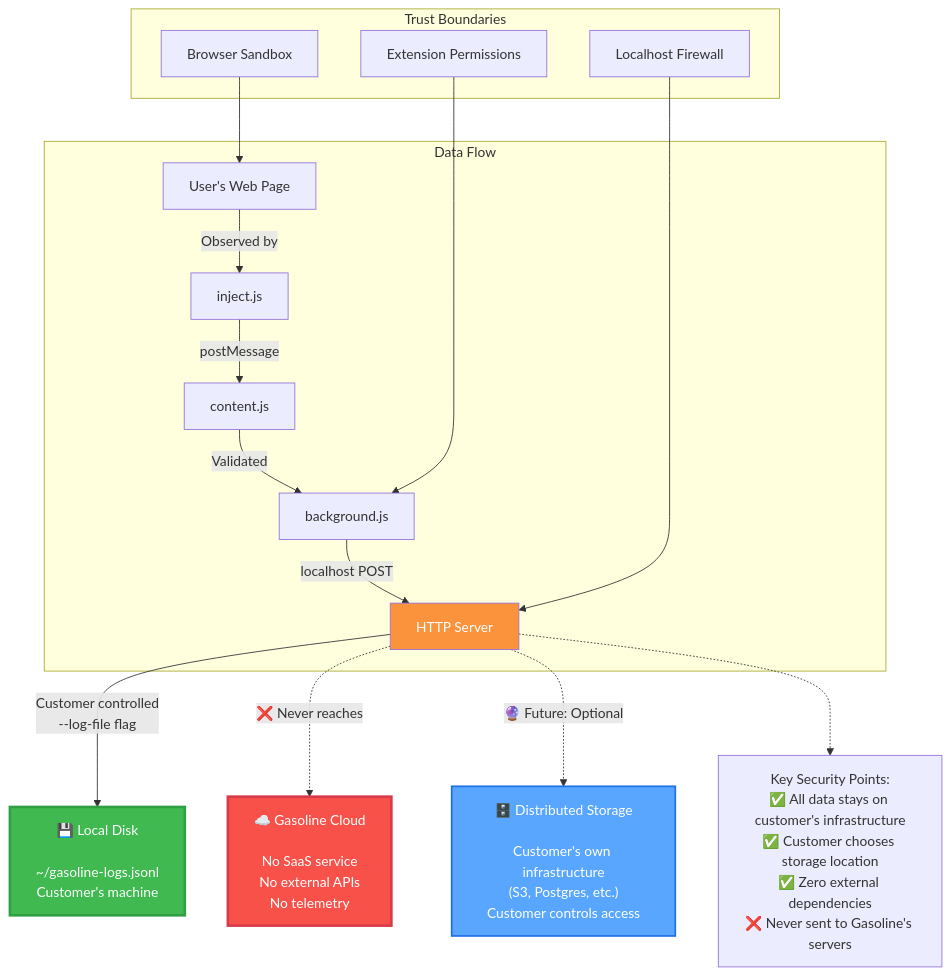
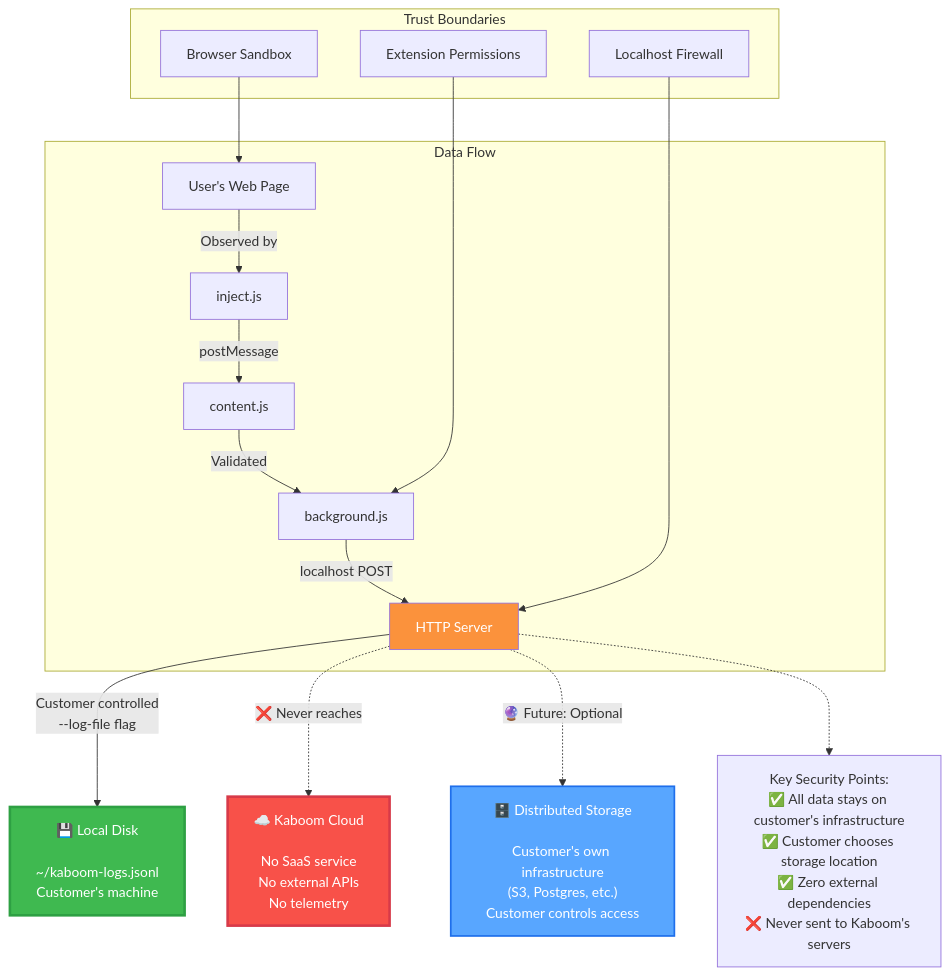
The seventh of 10 diagrams in docs/architecture/diagrams/system-architecture.md (brennhill/gasoline-mcp-ai-devtools), drawn with Mermaid before and after one commit. The commit also changed other lines of this file and 1983 other files, not shown here.

````diff
--- a/docs/architecture/diagrams/system-architecture.md
+++ b/docs/architecture/diagrams/system-architecture.md
@@ -234,33 +234,33 @@
 ```mermaid
 graph TD
     subgraph "Trust Boundaries"
         TB1[Browser Sandbox]
         TB2[Extension Permissions]
         TB3[Localhost Firewall]
     end
 
     subgraph "Data Flow"
         Page[User's Web Page] -->|Observed by| Inject[inject.js]
         Inject -->|postMessage| Content[content.js]
         Content -->|Validated| Background[background.js]
         Background -->|localhost POST| Server[HTTP Server]
     end
 
-    Server -->|"Customer controlled<br/>--log-file flag"| LocalDisk["💾 Local Disk<br/><br/>~/gasoline-logs.jsonl<br/>Customer's machine"]
+    Server -->|"Customer controlled<br/>--log-file flag"| LocalDisk["💾 Local Disk<br/><br/>~/kaboom-logs.jsonl<br/>Customer's machine"]
 
-    Server -.->|"❌ Never reaches"| Cloud["☁️ Gasoline Cloud<br/><br/>No SaaS service<br/>No external APIs<br/>No telemetry"]
+    Server -.->|"❌ Never reaches"| Cloud["☁️ Kaboom Cloud<br/><br/>No SaaS service<br/>No external APIs<br/>No telemetry"]
 
     Server -.->|"🔮 Future: Optional"| DistStorage["🗄️ Distributed Storage<br/><br/>Customer's own infrastructure<br/>(S3, Postgres, etc.)<br/>Customer controls access"]
 
     TB1 --> Page
     TB2 --> Background
     TB3 --> Server
 
     style Cloud fill:#f85149,color:#fff,stroke:#d73a49,stroke-width:3px
     style LocalDisk fill:#3fb950,color:#fff,stroke:#2ea043,stroke-width:3px
     style DistStorage fill:#58a6ff,color:#fff,stroke:#1f6feb,stroke-width:2px
     style Server fill:#fb923c,color:#fff
 
-    note1["Key Security Points:<br/>✅ All data stays on customer's infrastructure<br/>✅ Customer chooses storage location<br/>✅ Zero external dependencies<br/>❌ Never sent to Gasoline's servers"]
+    note1["Key Security Points:<br/>✅ All data stays on customer's infrastructure<br/>✅ Customer chooses storage location<br/>✅ Zero external dependencies<br/>❌ Never sent to Kaboom's servers"]
     Server -.-> note1
 ```
````
